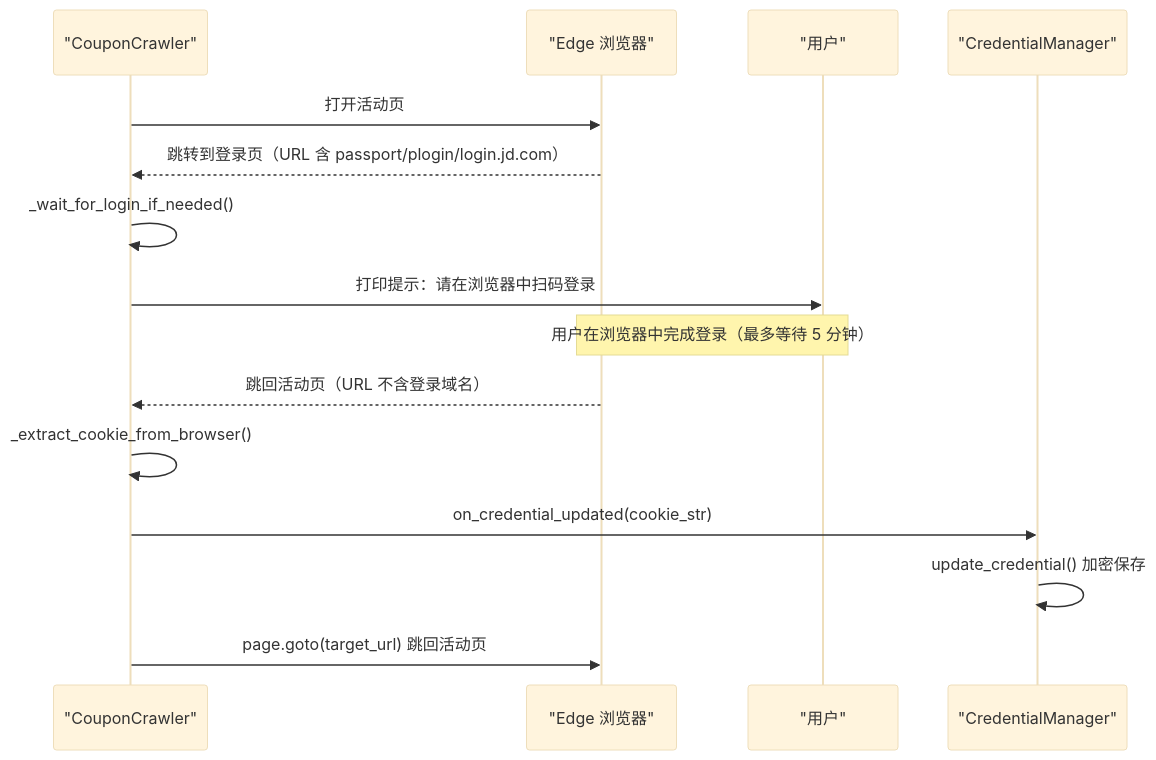
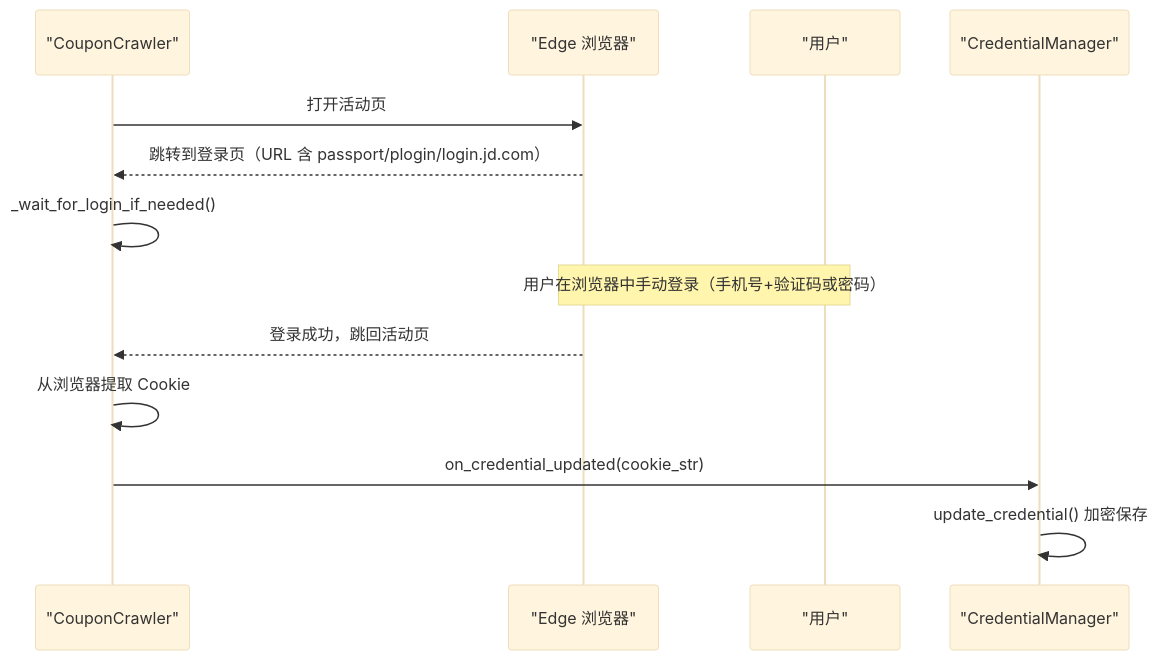
One commit to helloaider/jd-coupon-auto-claim changed diagram 12 of 16 in CODE_WIKI.md. Above: the diagram before and after it, drawn with Mermaid (base theme). The commit also changed other lines of this file and 5 other files, not shown here.

````diff
--- a/CODE_WIKI.md
+++ b/CODE_WIKI.md
@@ -588,18 +591,16 @@
 ```mermaid
 sequenceDiagram
 participant C as "CouponCrawler"
 participant B as "Edge 浏览器"
 participant U as "用户"
 participant A as "CredentialManager"
 
 C->>B : 打开活动页
 B-->>C : 跳转到登录页（URL 含 passport/plogin/login.jd.com）
 C->>C : _wait_for_login_if_needed()
-C->>U : 打印提示：请在浏览器中扫码登录
-Note over B,U : 用户在浏览器中完成登录（最多等待 5 分钟）
-B-->>C : 跳回活动页（URL 不含登录域名）
-C->>C : _extract_cookie_from_browser()
+Note over B,U : 用户在浏览器中手动登录（手机号+验证码或密码）
+B-->>C : 登录成功，跳回活动页
+C->>C : 从浏览器提取 Cookie
 C->>A : on_credential_updated(cookie_str)
 A->>A : update_credential() 加密保存
-C->>B : page.goto(target_url) 跳回活动页
 ```
````
